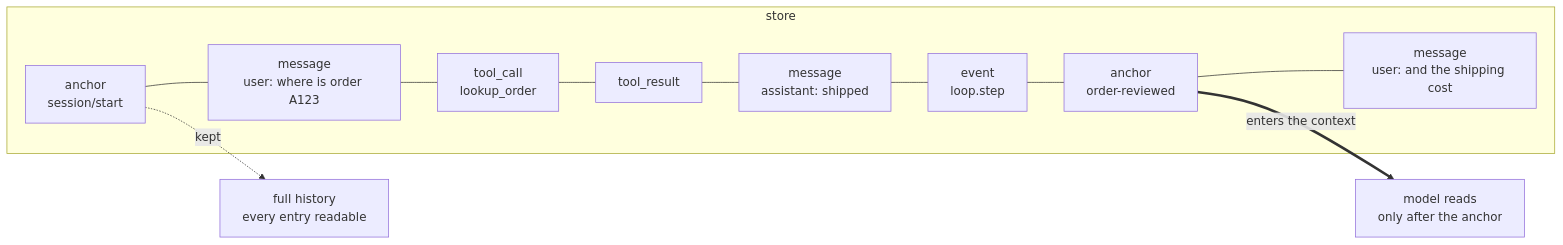
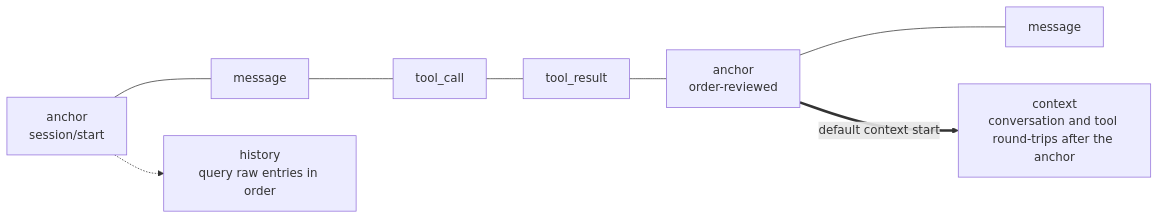
The diagram in website/src/content/docs/docs/concepts/tape.mdx (bubbuild/bub), drawn with Mermaid before and after one commit. The commit also changed other lines of this file and 74 other files, not shown here.

````diff
--- a/website/src/content/docs/docs/concepts/tape.mdx
+++ b/website/src/content/docs/docs/concepts/tape.mdx
@@ -18,17 +16,6 @@
 ```mermaid
 flowchart LR
-  subgraph store["store"]
-    E1["anchor<br/>session/start"]
-    E2["message<br/>user: where is order A123"]
-    E3["tool_call<br/>lookup_order"]
-    E4["tool_result"]
-    E5["message<br/>assistant: shipped"]
-    E6["event<br/>loop.step"]
-    E7["anchor<br/>order-reviewed"]
-    E8["message<br/>user: and the shipping cost"]
-    E1 --- E2 --- E3 --- E4 --- E5 --- E6 --- E7 --- E8
-  end
-
-  E1 -.->|"kept"| A["full history<br/>every entry readable"]
-  E7 ==>|"enters the context"| B["model reads<br/>only after the anchor"]
+  E1["anchor<br/>session/start"] --- E2["message"] --- E3["tool_call"] --- E4["tool_result"] --- E5["anchor<br/>order-reviewed"] --- E6["message"]
+  E1 -.-> A["history<br/>query raw entries in order"]
+  E5 ==>|"default context start"| B["context<br/>conversation and tool round-trips after the anchor"]
 ```
````
